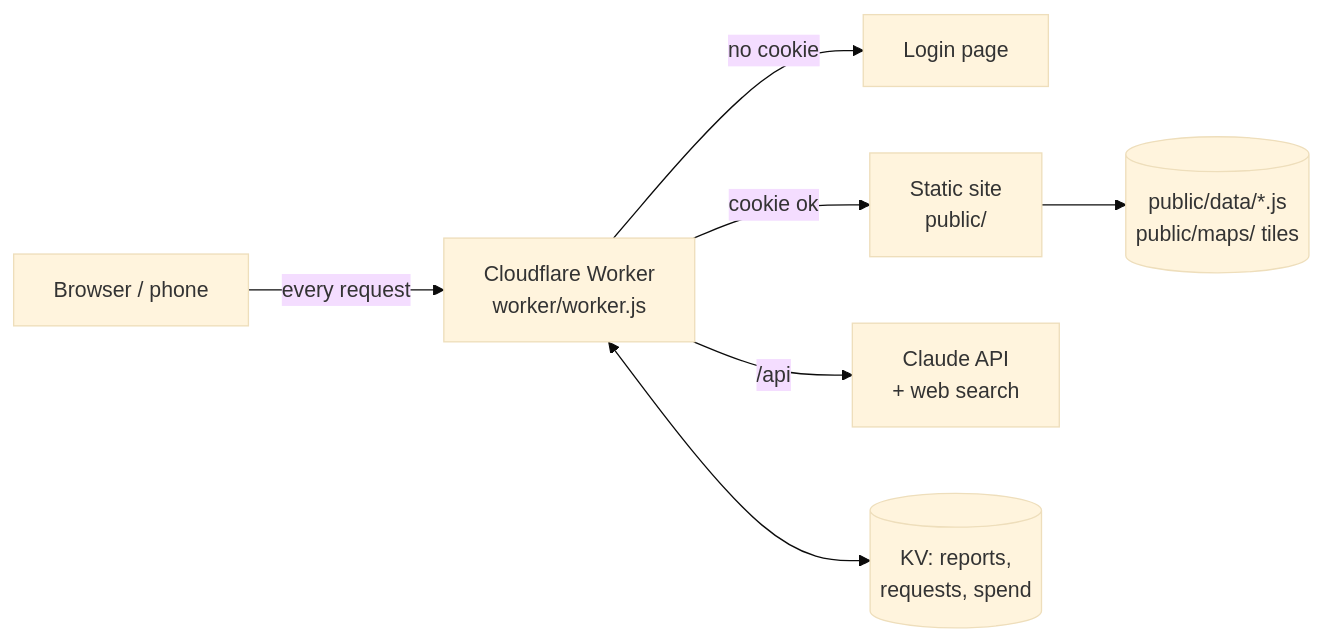
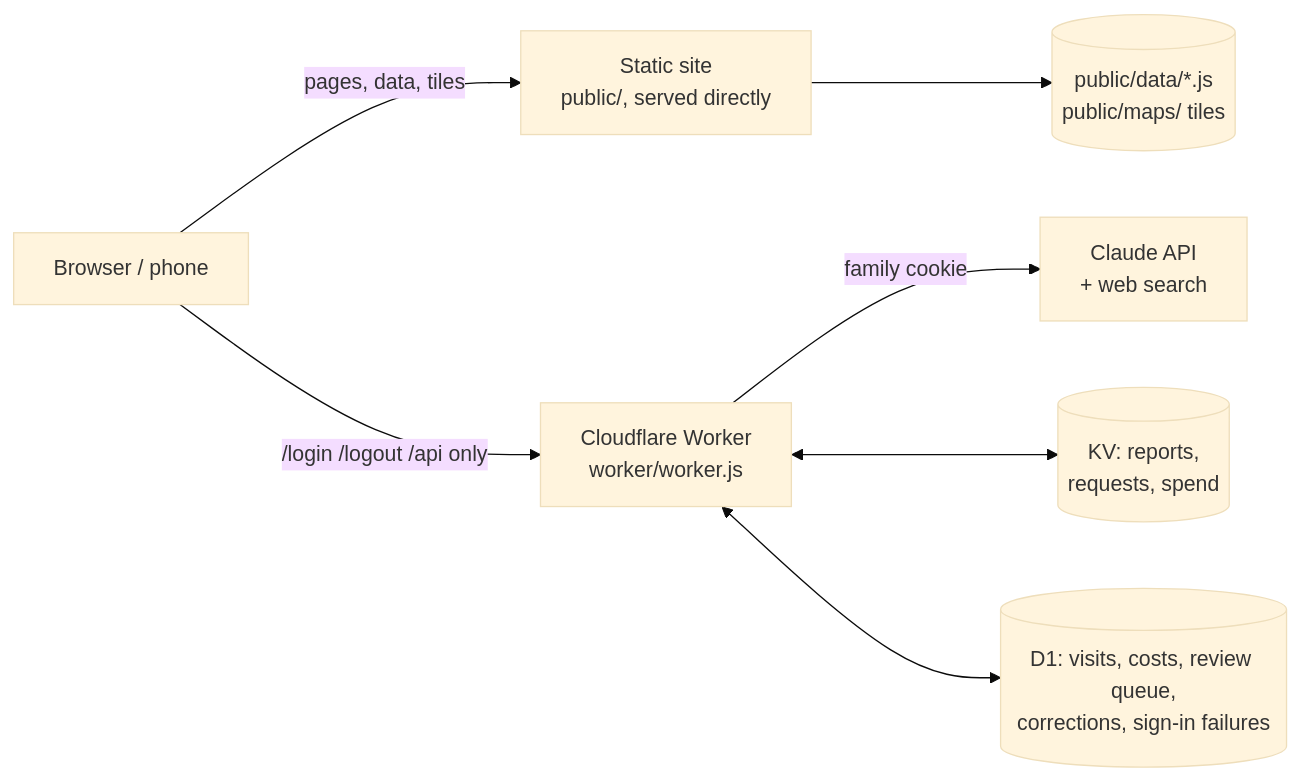
Before and after one commit to gelnagar/libya-project: the first of 4 diagrams in README.md, drawn with Mermaid (base theme). The commit also changed other lines of this file and 8 other files, not shown here.

Commit message:
Audit of documents against code, data and Cloudflare: fix corrections item-id bug, add region column migration, correct README, SETUP-AI (password removed), CLAUDE.md, CF_PLAN; add Phase F for PRD features no chunk covered

````diff
--- a/README.md
+++ b/README.md
@@ -7,9 +7,9 @@
 ```mermaid
 flowchart LR
-  U[Browser / phone] -->|every request| W[Cloudflare Worker<br/>worker/worker.js]
-  W -->|no cookie| L[Login page]
-  W -->|cookie ok| A[Static site<br/>public/]
-  W -->|/api| C[Claude API<br/>+ web search]
+  U[Browser / phone] -->|pages, data, tiles| A[Static site<br/>public/, served directly]
+  U -->|/login /logout /api only| W[Cloudflare Worker<br/>worker/worker.js]
+  W -->|family cookie| C[Claude API<br/>+ web search]
   W <--> K[(KV: reports,<br/>requests, spend)]
+  W <--> S[(D1: visits, costs, review queue,<br/>corrections, sign-in failures)]
   A --> D[(public/data/*.js<br/>public/maps/ tiles)]
 ```
````
